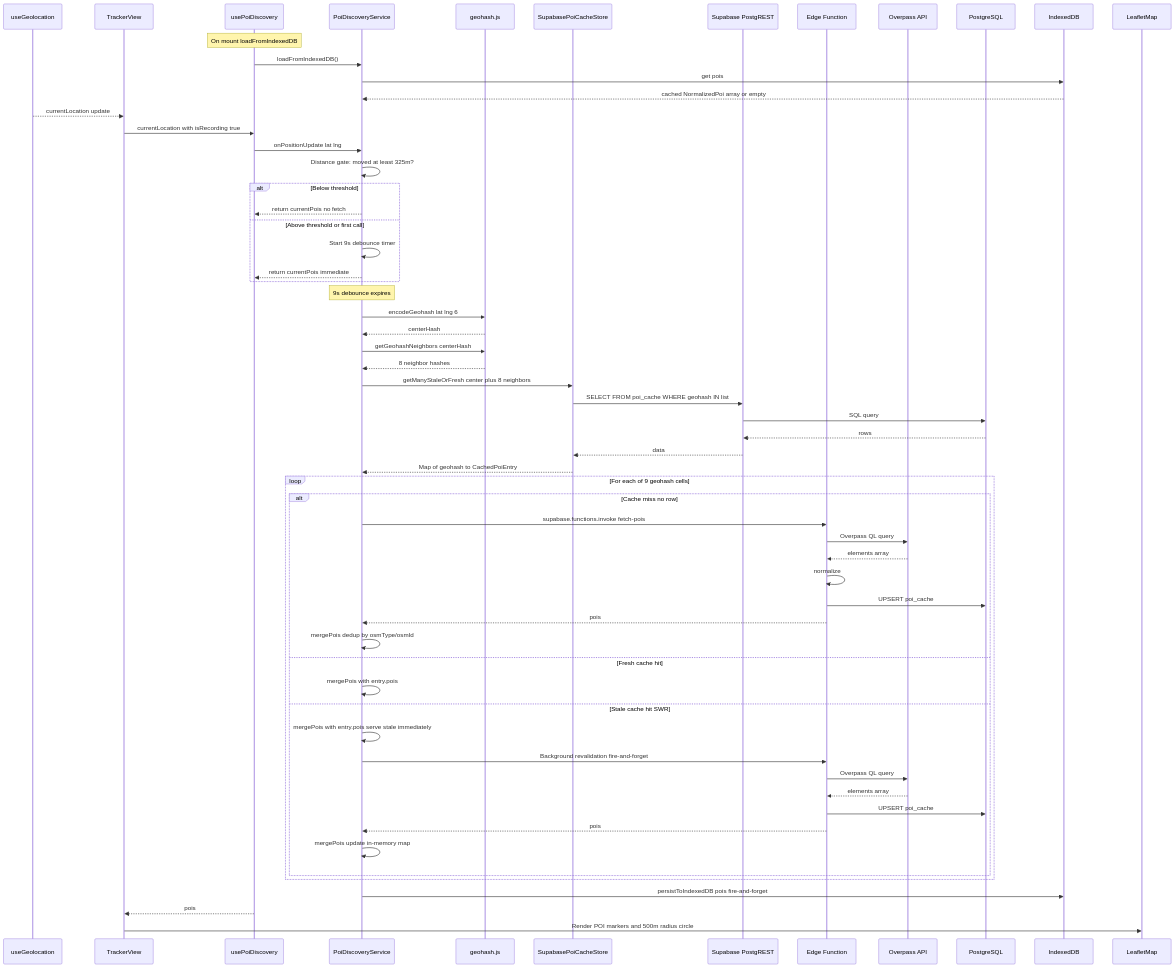
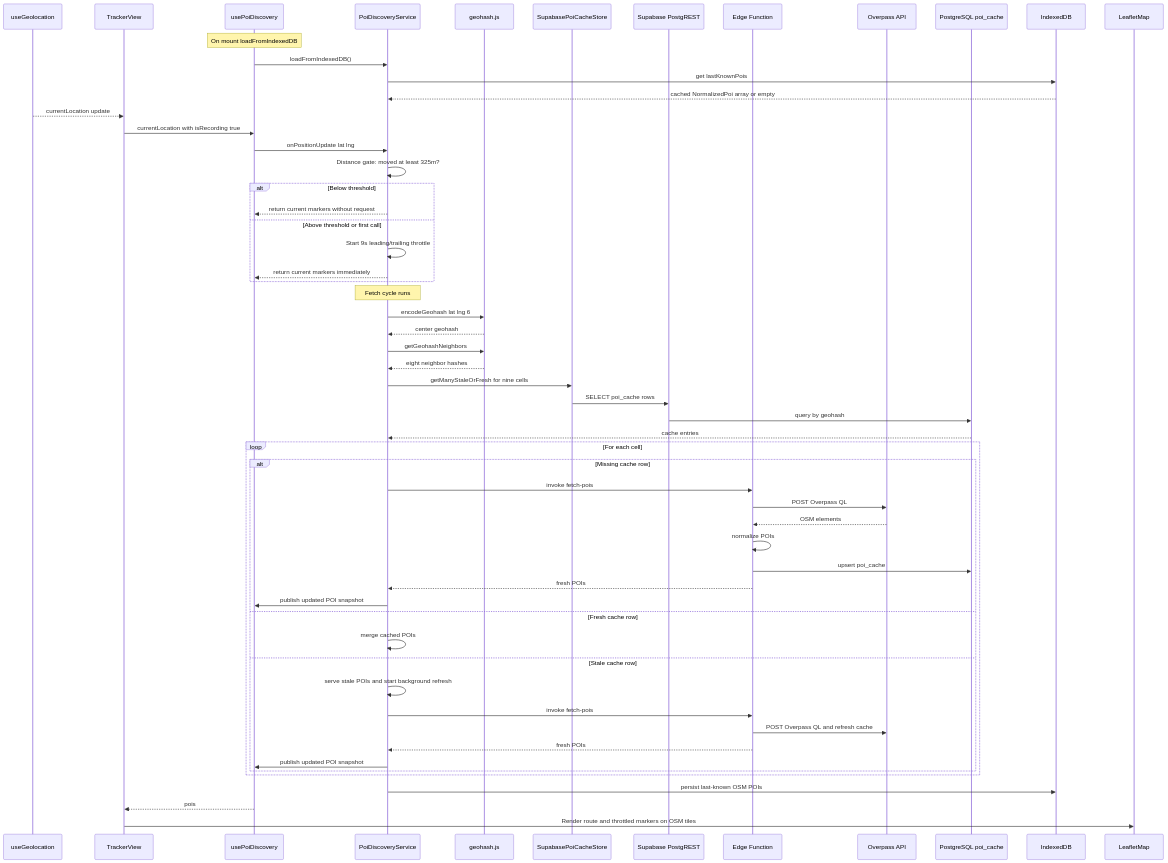
Before and after one commit to debnathkoushik/my-path: the seventh of 11 diagrams in docs/Architecture.md, drawn with Mermaid. The commit also changed other lines of this file and 20 other files, not shown here.

Commit message:
feat(map-services): revert POI discovery to OpenStreetMap and Overpass

````diff
--- a/docs/Architecture.md
+++ b/docs/Architecture.md
@@ -414,72 +403,64 @@
 ```mermaid
 sequenceDiagram
     participant GPS as useGeolocation
     participant TV as TrackerView
     participant Hook as usePoiDiscovery
     participant PDS as PoiDiscoveryService
     participant Geo as geohash.js
     participant Store as SupabasePoiCacheStore
     participant SB as Supabase PostgREST
     participant EF as Edge Function
     participant OA as Overpass API
-    participant DB as PostgreSQL
+    participant DB as PostgreSQL poi_cache
     participant IDB as IndexedDB
     participant LM as LeafletMap
 
     Note over Hook: On mount loadFromIndexedDB
     Hook->>PDS: loadFromIndexedDB()
-    PDS->>IDB: get pois
+    PDS->>IDB: get lastKnownPois
     IDB-->>PDS: cached NormalizedPoi array or empty
 
     GPS-->>TV: currentLocation update
     TV->>Hook: currentLocation with isRecording true
     Hook->>PDS: onPositionUpdate lat lng
 
     PDS->>PDS: Distance gate: moved at least 325m?
     alt Below threshold
-        PDS-->>Hook: return currentPois no fetch
+        PDS-->>Hook: return current markers without request
     else Above threshold or first call
-        PDS->>PDS: Start 9s debounce timer
-        PDS-->>Hook: return currentPois immediate
+        PDS->>PDS: Start 9s leading/trailing throttle
+        PDS-->>Hook: return current markers immediately
     end
 
-    Note over PDS: 9s debounce expires
-
+    Note over PDS: Fetch cycle runs
     PDS->>Geo: encodeGeohash lat lng 6
-    Geo-->>PDS: centerHash
-    PDS->>Geo: getGeohashNeighbors centerHash
-    Geo-->>PDS: 8 neighbor hashes
-
-    PDS->>Store: getManyStaleOrFresh center plus 8 neighbors
-    Store->>SB: SELECT FROM poi_cache WHERE geohash IN list
-    SB->>DB: SQL query
-    DB-->>SB: rows
-    SB-->>Store: data
-    Store-->>PDS: Map of geohash to CachedPoiEntry
-
-    loop For each of 9 geohash cells
-        alt Cache miss no row
-            PDS->>EF: supabase.functions.invoke fetch-pois
-            EF->>OA: Overpass QL query
-            OA-->>EF: elements array
-            EF->>EF: normalize
-            EF->>DB: UPSERT poi_cache
-            EF-->>PDS: pois
-            PDS->>PDS: mergePois dedup by osmType/osmId
-        else Fresh cache hit
-            PDS->>PDS: mergePois with entry.pois
-        else Stale cache hit SWR
-            PDS->>PDS: mergePois with entry.pois serve stale immediately
-            PDS->>EF: Background revalidation fire-and-forget
-            EF->>OA: Overpass QL query
-            OA-->>EF: elements array
-            EF->>DB: UPSERT poi_cache
-            EF-->>PDS: pois
-            PDS->>PDS: mergePois update in-memory map
+    Geo-->>PDS: center geohash
+    PDS->>Geo: getGeohashNeighbors
+    Geo-->>PDS: eight neighbor hashes
+    PDS->>Store: getManyStaleOrFresh for nine cells
+    Store->>SB: SELECT poi_cache rows
+    SB->>DB: query by geohash
+    DB-->>PDS: cache entries
+    loop For each cell
+        alt Missing cache row
+            PDS->>EF: invoke fetch-pois
+            EF->>OA: POST Overpass QL
+            OA-->>EF: OSM elements
+            EF->>EF: normalize POIs
+            EF->>DB: upsert poi_cache
+            EF-->>PDS: fresh POIs
+            PDS->>Hook: publish updated POI snapshot
+        else Fresh cache row
+            PDS->>PDS: merge cached POIs
+        else Stale cache row
+            PDS->>PDS: serve stale POIs and start background refresh
+            PDS->>EF: invoke fetch-pois
+            EF->>OA: POST Overpass QL and refresh cache
+            EF-->>PDS: fresh POIs
+            PDS->>Hook: publish updated POI snapshot
         end
     end
-
-    PDS->>IDB: persistToIndexedDB pois fire-and-forget
+    PDS->>IDB: persist last-known OSM POIs
     Hook-->>TV: pois
-    TV->>LM: Render POI markers and 500m radius circle
+    TV->>LM: Render route and throttled markers on OSM tiles
 ```
````
